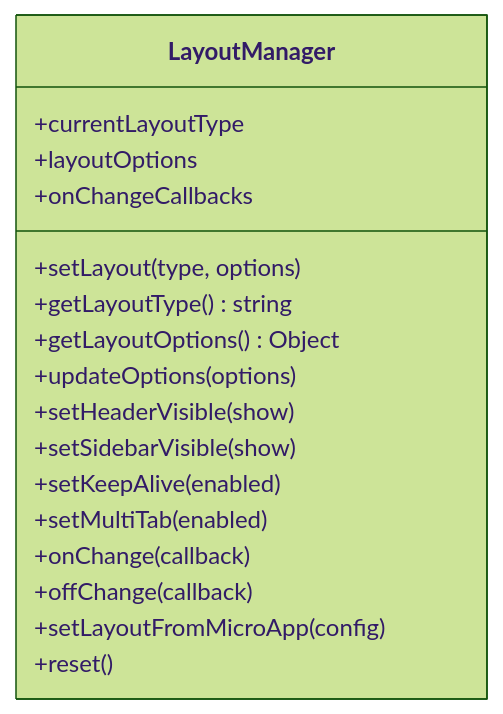
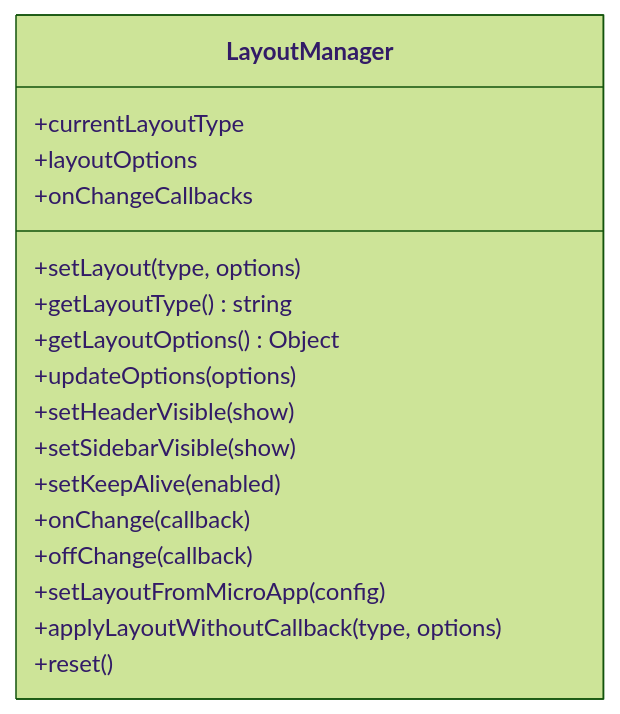
Before and after one commit to my-Sitara/artisan-base-frontend: the third of 7 diagrams in .qoder/repowiki/zh/content/架构设计/布局架构.md, drawn with Mermaid (forest theme). The commit also changed other lines of this file and 25 other files, not shown here.

````diff
--- a/.qoder/repowiki/zh/content/架构设计/布局架构.md
+++ b/.qoder/repowiki/zh/content/架构设计/布局架构.md
@@ -130,20 +150,20 @@
 ```mermaid
 classDiagram
 class LayoutManager {
 +currentLayoutType
 +layoutOptions
 +onChangeCallbacks
 +setLayout(type, options)
 +getLayoutType() string
 +getLayoutOptions() Object
 +updateOptions(options)
 +setHeaderVisible(show)
 +setSidebarVisible(show)
 +setKeepAlive(enabled)
-+setMultiTab(enabled)
 +onChange(callback)
 +offChange(callback)
 +setLayoutFromMicroApp(config)
++applyLayoutWithoutCallback(type, options)
 +reset()
 }
 ```
````
